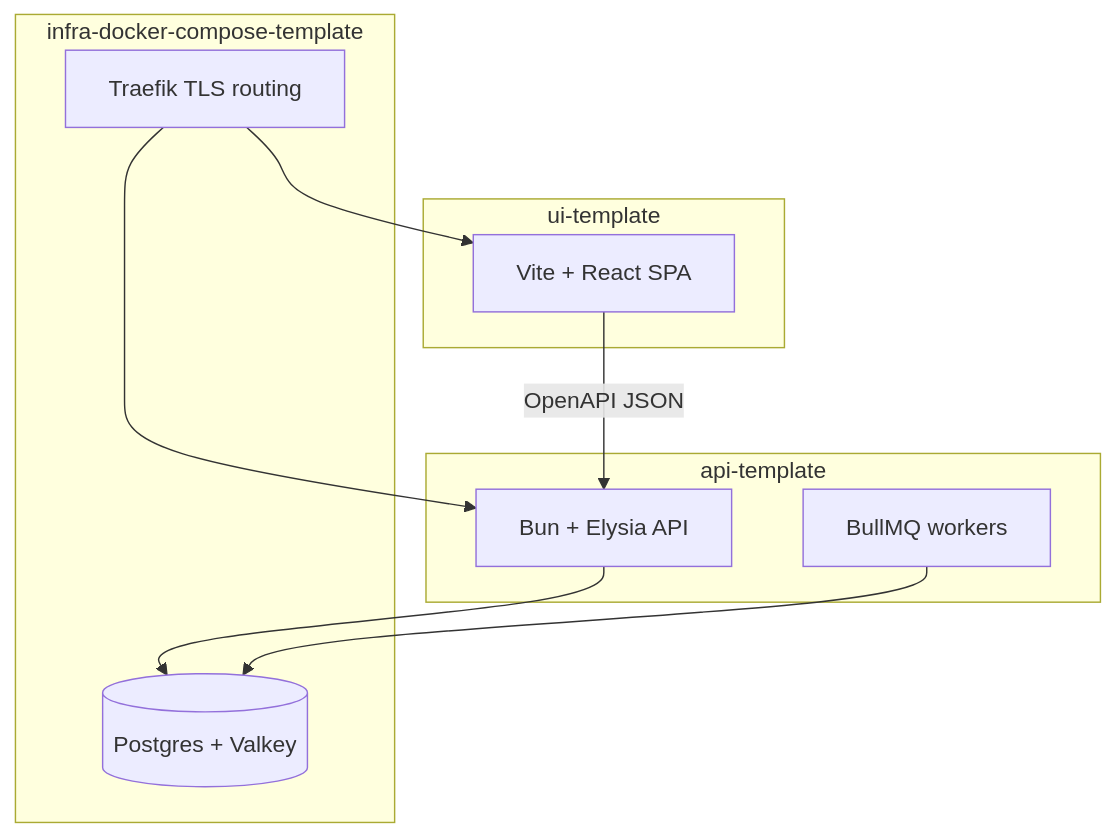
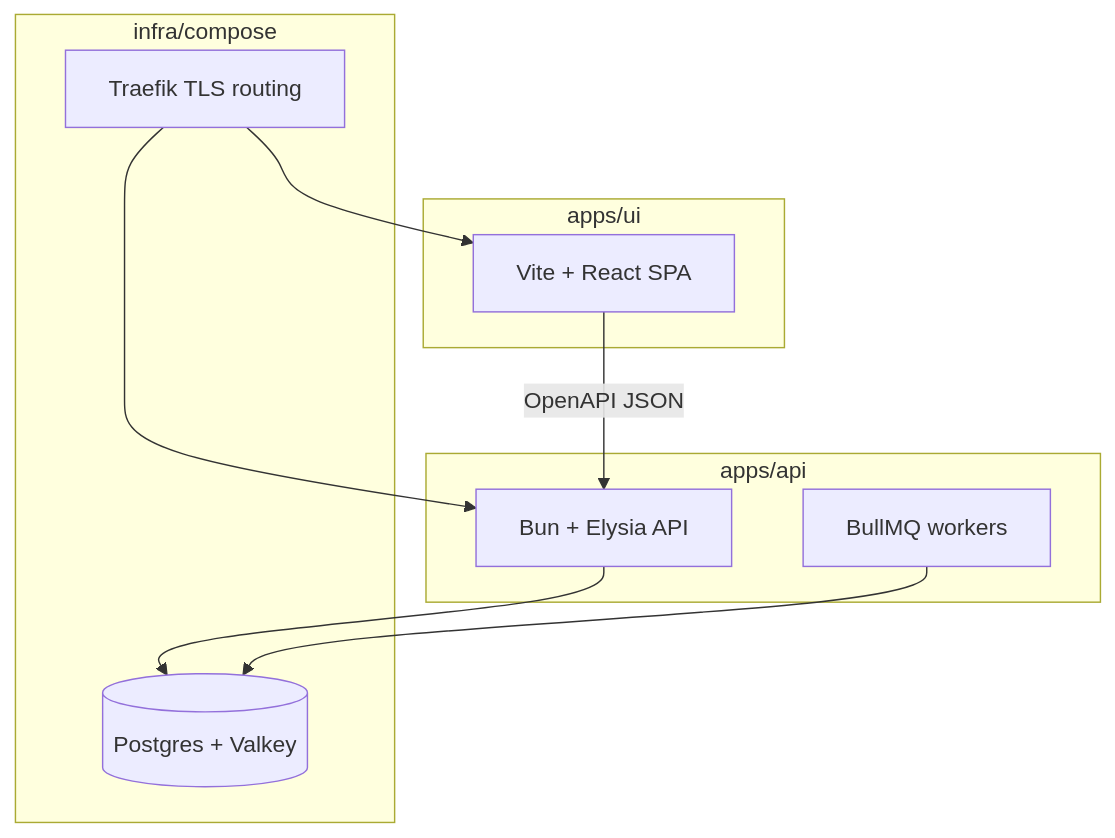
Before and after one commit to boringstack-xyz/boringstack: the diagram in apps/docs/src/content/docs/architecture/why-boringstack.mdx, drawn with Mermaid. The commit also changed other lines of this file and 122 other files, not shown here.

First line of the commit message:
refactor: update references from api-template to boringstack-api and ui-template to apps/ui

````diff
--- a/apps/docs/src/content/docs/architecture/why-boringstack.mdx
+++ b/apps/docs/src/content/docs/architecture/why-boringstack.mdx
@@ -146,19 +146,19 @@
 ```mermaid
 flowchart TB
-  subgraph ui [ui-template]
+  subgraph ui [apps/ui]
     spa[Vite + React SPA]
   end
-  subgraph api [api-template]
+  subgraph api [apps/api]
     http[Bun + Elysia API]
     jobs[BullMQ workers]
   end
-  subgraph infra [infra-docker-compose-template]
+  subgraph infra [infra/compose]
     edge[Traefik TLS routing]
     data[(Postgres + Valkey)]
   end
   spa -->|OpenAPI JSON| http
   http --> data
   jobs --> data
   edge --> spa
   edge --> http
 ```
````
